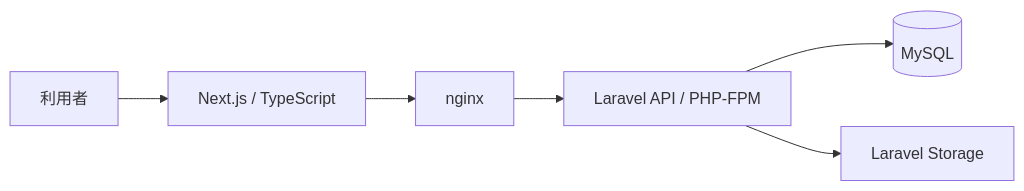
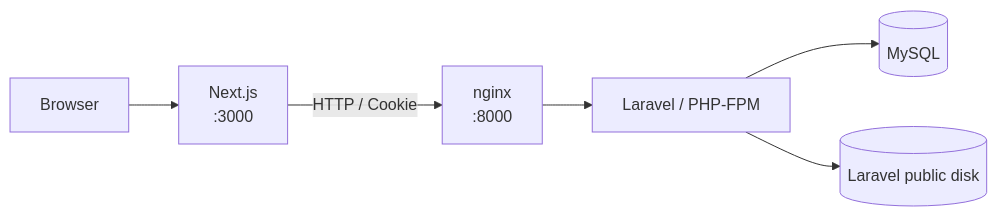
The diagram in README.md (nasu-masa/Animal-Album-App), drawn with Mermaid before and after one commit. The commit also changed other lines of this file, not shown here.

````diff
--- a/README.md
+++ b/README.md
@@ -171,15 +43,15 @@
 ```mermaid
 flowchart LR
-    User[利用者]
-    Frontend[Next.js / TypeScript]
-    Nginx[nginx]
-    Backend[Laravel API / PHP-FPM]
+    User[Browser]
+    Frontend[Next.js<br>:3000]
+    Nginx[nginx<br>:8000]
+    Backend[Laravel / PHP-FPM]
     Database[(MySQL)]
-    Storage[Laravel Storage]
+    Storage[(Laravel public disk)]
 
     User --> Frontend
-    Frontend --> Nginx
+    Frontend -->|HTTP / Cookie| Nginx
     Nginx --> Backend
     Backend --> Database
     Backend --> Storage
 ```
````
